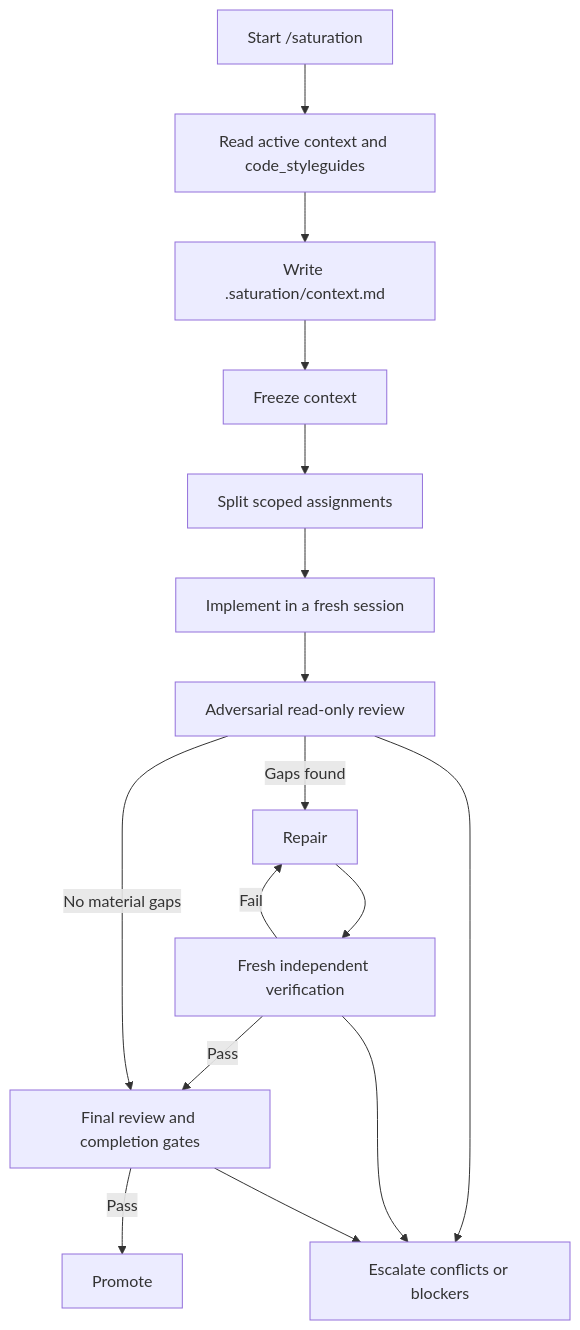
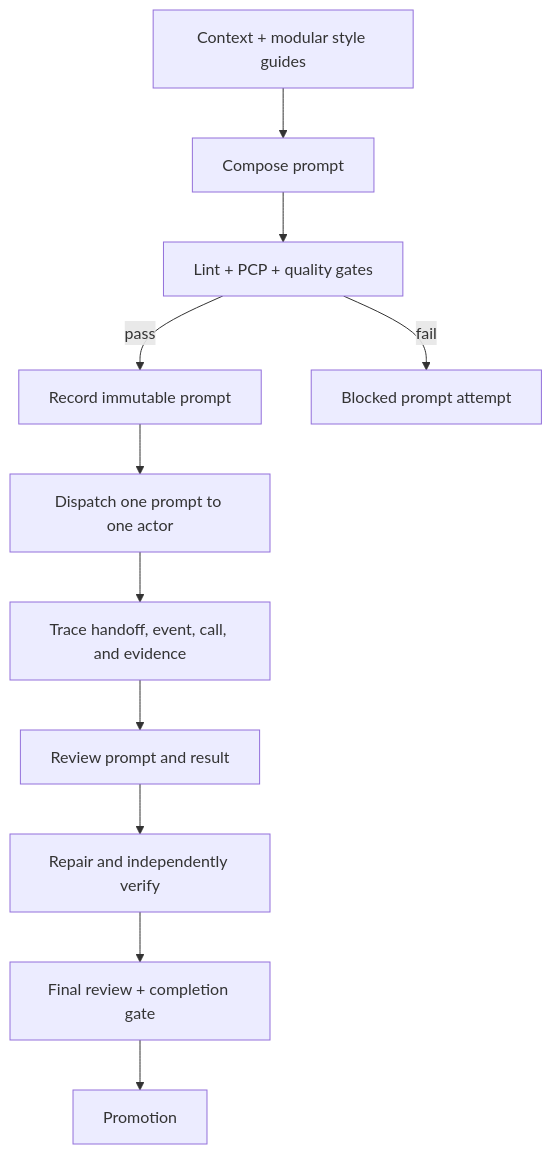
Before and after one commit to luansilvadb/saturation: the diagram in .agents/skills/saturation/evals/README.md, drawn with Mermaid. The commit also changed other lines of this file and 31 other files, not shown here.

Commit message:
feat: add saturation skill with evaluation framework, traces, and style guides

````diff
--- a/.agents/skills/saturation/evals/README.md
+++ b/.agents/skills/saturation/evals/README.md
@@ -7,18 +10,13 @@
 ```mermaid
 flowchart TD
-    A["Start /saturation"] --> B["Read active context and code_styleguides"]
-    B --> C["Write .saturation/context.md"]
-    C --> D["Freeze context"]
-    D --> E["Split scoped assignments"]
-    E --> F["Implement in a fresh session"]
-    F --> G["Adversarial read-only review"]
-    G -->|"Gaps found"| H["Repair"]
-    H --> I["Fresh independent verification"]
-    I -->|"Fail"| H
-    I -->|"Pass"| J["Final review and completion gates"]
-    G -->|"No material gaps"| J
-    J -->|"Pass"| K["Promote"]
-    G --> L["Escalate conflicts or blockers"]
-    I --> L
-    J --> L
+    A["Context + modular style guides"] --> B["Compose prompt"]
+    B --> C["Lint + PCP + quality gates"]
+    C -->|pass| D["Record immutable prompt"]
+    C -->|fail| X["Blocked prompt attempt"]
+    D --> E["Dispatch one prompt to one actor"]
+    E --> F["Trace handoff, event, call, and evidence"]
+    F --> G["Review prompt and result"]
+    G --> H["Repair and independently verify"]
+    H --> I["Final review + completion gate"]
+    I --> J["Promotion"]
 ```
````
